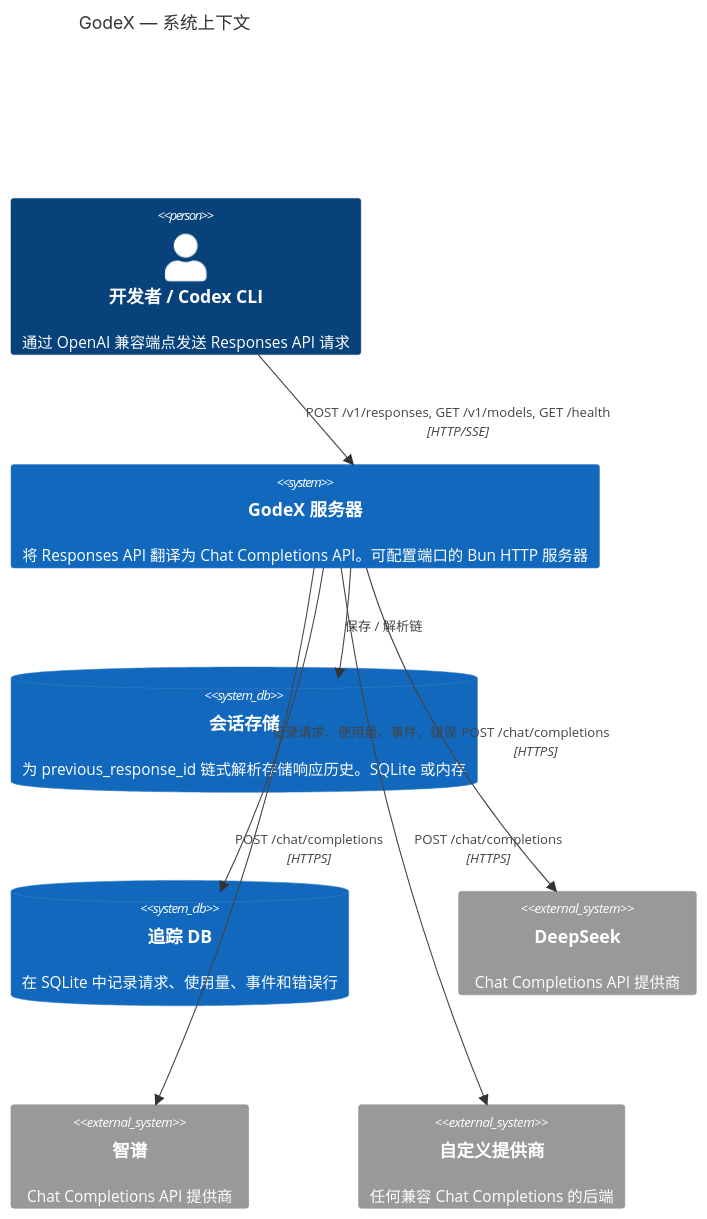
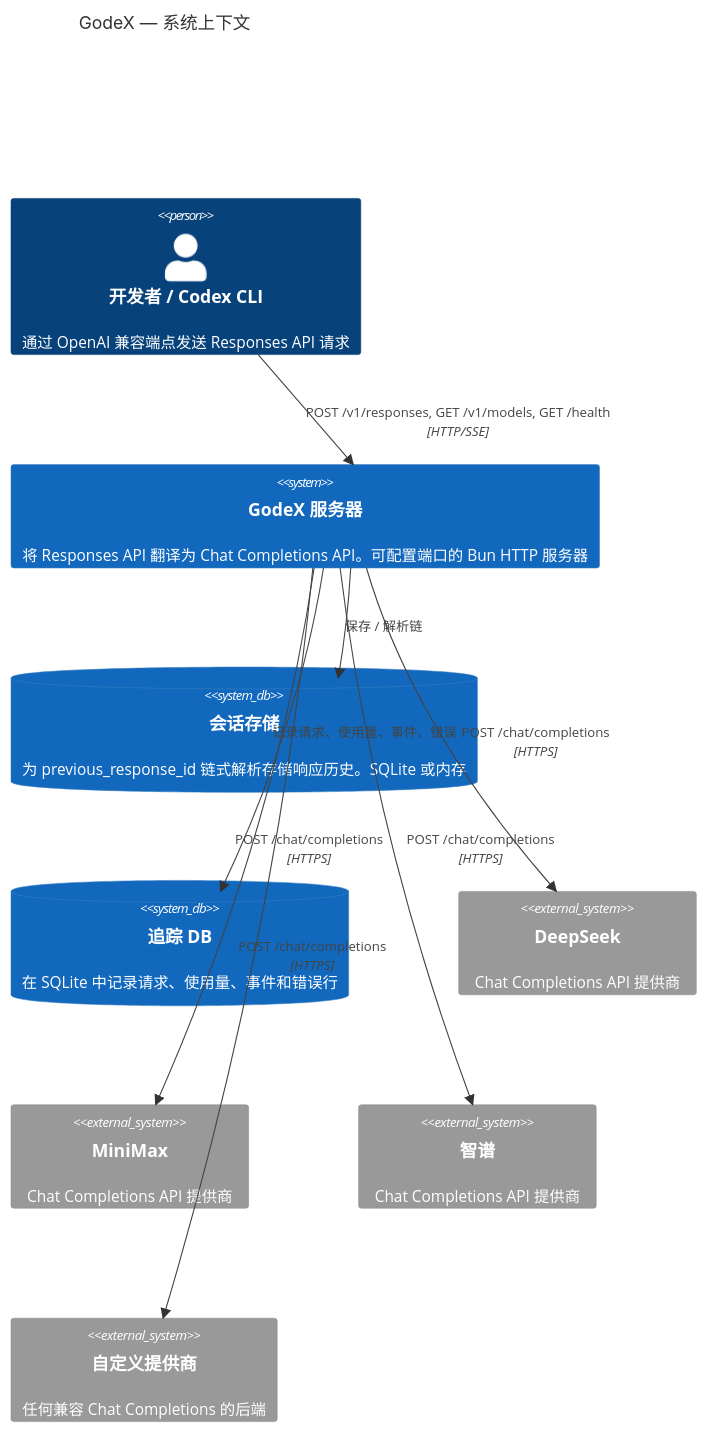
The diagram in wiki/zh/01-getting-started/overview.md (zamelee/GodeX), drawn with Mermaid before and after one commit. The commit also changed other lines of this file and 43 other files, not shown here.

````diff
--- a/wiki/zh/01-getting-started/overview.md
+++ b/wiki/zh/01-getting-started/overview.md
@@ -20,19 +20,21 @@
 ```mermaid
 C4Context
   title GodeX — 系统上下文
 
   Person(user, "开发者 / Codex CLI", "通过 OpenAI 兼容端点发送 Responses API 请求")
   System(godex_svr, "GodeX 服务器", "将 Responses API 翻译为 Chat Completions API。可配置端口的 Bun HTTP 服务器")
   SystemDb(sessions, "会话存储", "为 previous_response_id 链式解析存储响应历史。SQLite 或内存")
   SystemDb(trace, "追踪 DB", "在 SQLite 中记录请求、使用量、事件和错误行")
   System_Ext(deepseek, "DeepSeek", "Chat Completions API 提供商")
+  System_Ext(minimax, "MiniMax", "Chat Completions API 提供商")
   System_Ext(zhipu, "智谱", "Chat Completions API 提供商")
   System_Ext(other, "自定义提供商", "任何兼容 Chat Completions 的后端")
 
   Rel(user, godex_svr, "POST /v1/responses, GET /v1/models, GET /health", "HTTP/SSE")
   Rel(godex_svr, sessions, "保存 / 解析链")
   Rel(godex_svr, trace, "记录请求、使用量、事件、错误")
   Rel(godex_svr, deepseek, "POST /chat/completions", "HTTPS")
+  Rel(godex_svr, minimax, "POST /chat/completions", "HTTPS")
   Rel(godex_svr, zhipu, "POST /chat/completions", "HTTPS")
   Rel(godex_svr, other, "POST /chat/completions", "HTTPS")
 ```
````
